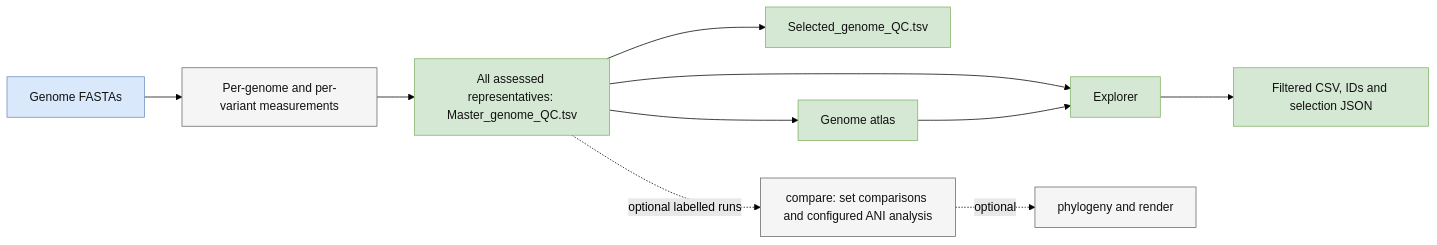
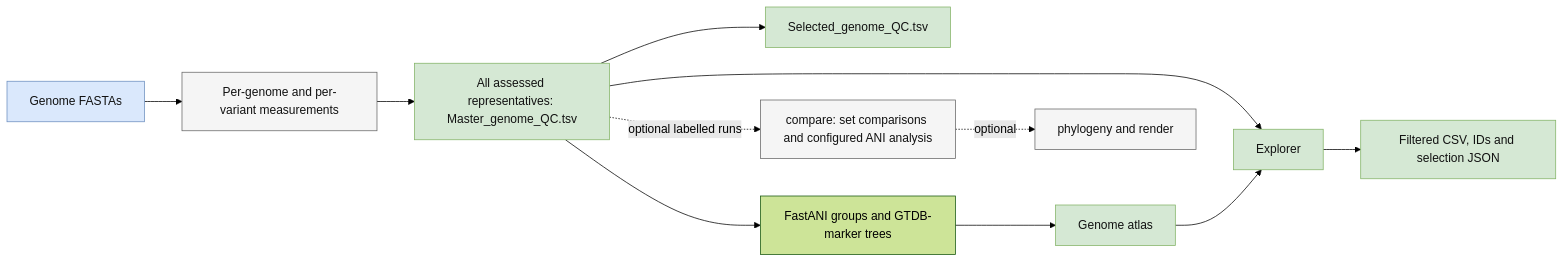
The second of 2 diagrams in docs/user-guide/workflow.md (hallamlab/genome_qc), drawn with Mermaid (forest theme) before and after one commit. The commit also changed other lines of this file and 28 other files, not shown here.

Commit message:
Include cohort ANI groups and annotated marker phylogenies in full runs

````diff
--- a/docs/user-guide/workflow.md
+++ b/docs/user-guide/workflow.md
@@ -91,19 +90,20 @@
 ```mermaid
 flowchart LR
     F["Genome FASTAs"] --> A["Per-genome and per-variant measurements"]
     A --> M["All assessed representatives: Master_genome_QC.tsv"]
     M --> S["Selected_genome_QC.tsv"]
-    M --> P["Genome atlas"]
+    M --> N["FastANI groups and GTDB-marker trees"]
+    N --> P["Genome atlas"]
     M --> E["Explorer"]
     P --> E
     E --> C["Filtered CSV, IDs and selection JSON"]
     M -. "optional labelled runs" .-> Q["compare: set comparisons and configured ANI analysis"]
     Q -. "optional" .-> Y["phylogeny and render"]
     classDef input fill:#DAE8FC,stroke:#6C8EBF,color:#111111;
     classDef process fill:#F5F5F5,stroke:#666666,color:#111111;
     classDef output fill:#D5E8D4,stroke:#82B366,color:#111111;
     class F input;
     class A,Q,Y process;
     class M,S,P,E,C output;
     linkStyle default stroke:black,color:black;
 ```
````
